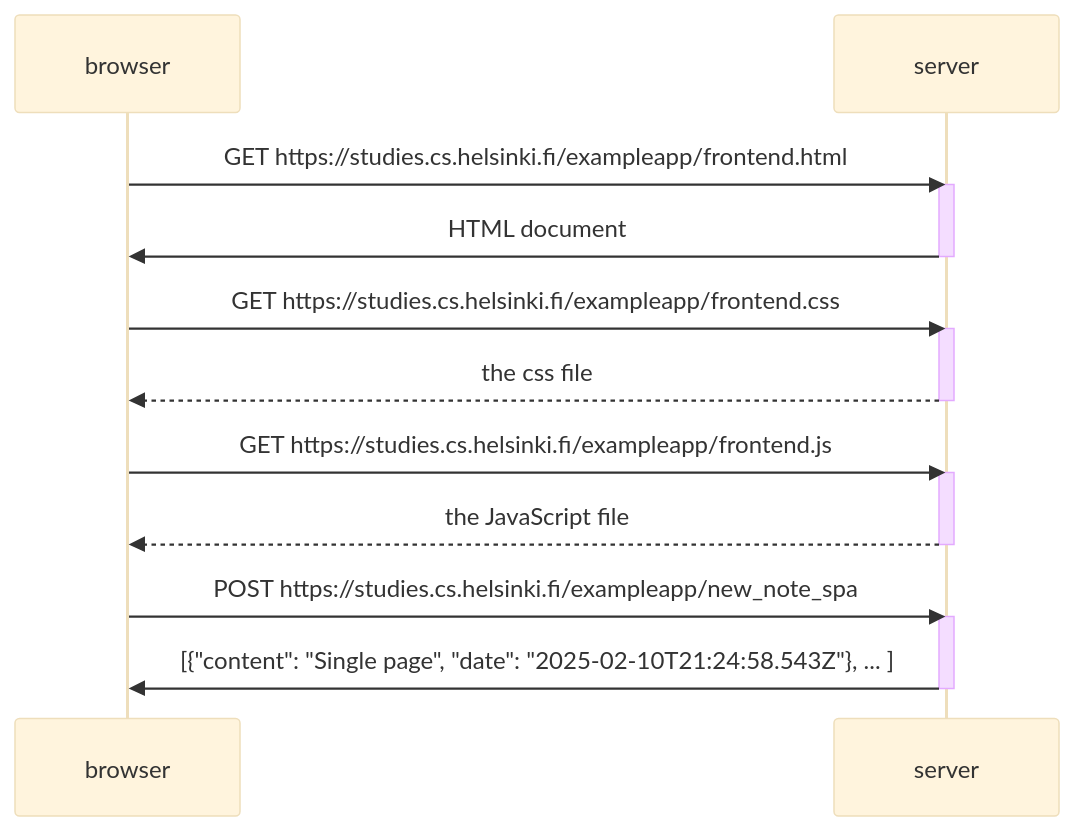
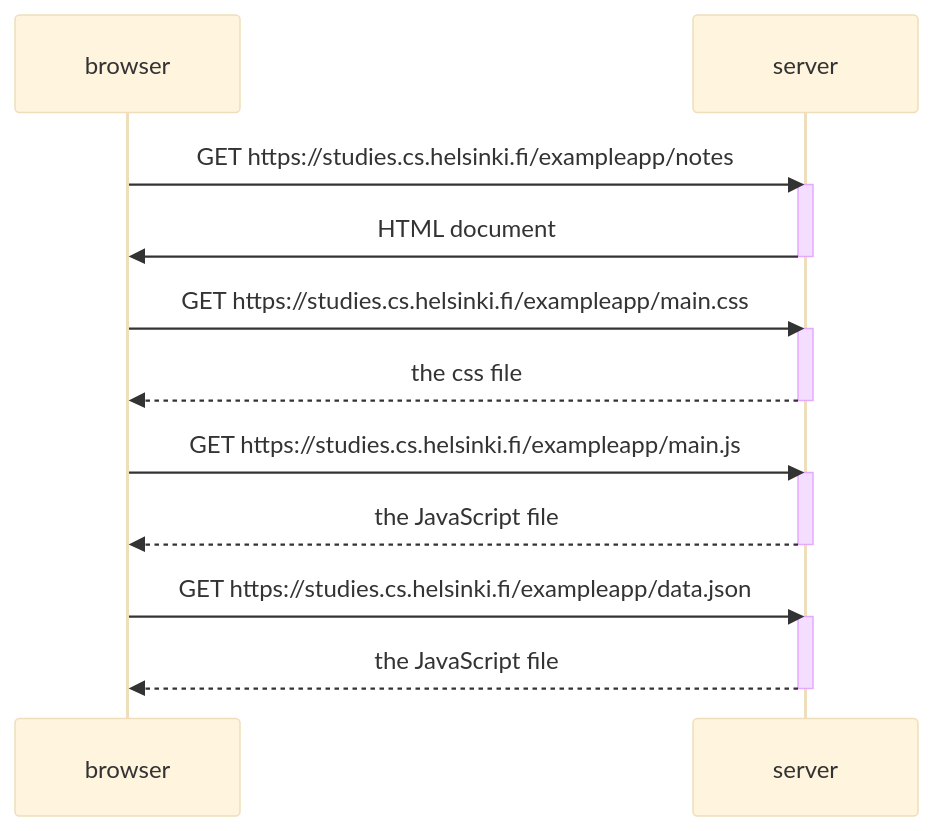
One commit to dPenedo/fullStackOpen changed the diagram in part0/5-single-page-app-diagram.md. Above: the diagram before and after it, drawn with Mermaid (base theme).

````diff
--- a/part0/5-single-page-app-diagram.md
+++ b/part0/5-single-page-app-diagram.md
@@ -1,26 +1,25 @@
 ```mermaid
 sequenceDiagram
 participant browser
 participant server
 
-browser->>server: GET https://studies.cs.helsinki.fi/exampleapp/frontend.html
+browser->>server: GET https://studies.cs.helsinki.fi/exampleapp/notes
 activate server
 server->>browser:HTML document
 deactivate server
 
-browser->>server: GET https://studies.cs.helsinki.fi/exampleapp/frontend.css
+browser->>server: GET https://studies.cs.helsinki.fi/exampleapp/main.css
 activate server
 server-->>browser: the css file
 deactivate server
 
-browser->>server: GET https://studies.cs.helsinki.fi/exampleapp/frontend.js
+browser->>server: GET https://studies.cs.helsinki.fi/exampleapp/main.js
 activate server
 server-->>browser: the JavaScript file
 deactivate server
 
-browser->>server: POST https://studies.cs.helsinki.fi/exampleapp/new_note_spa
+browser->>server: GET https://studies.cs.helsinki.fi/exampleapp/data.json
 activate server
-server->>browser: [{"content": "Single page", "date": "2025-02-10T21:24:58.543Z"}, ... ]
+server-->>browser: the JavaScript file
 deactivate server
-
 ```
````
